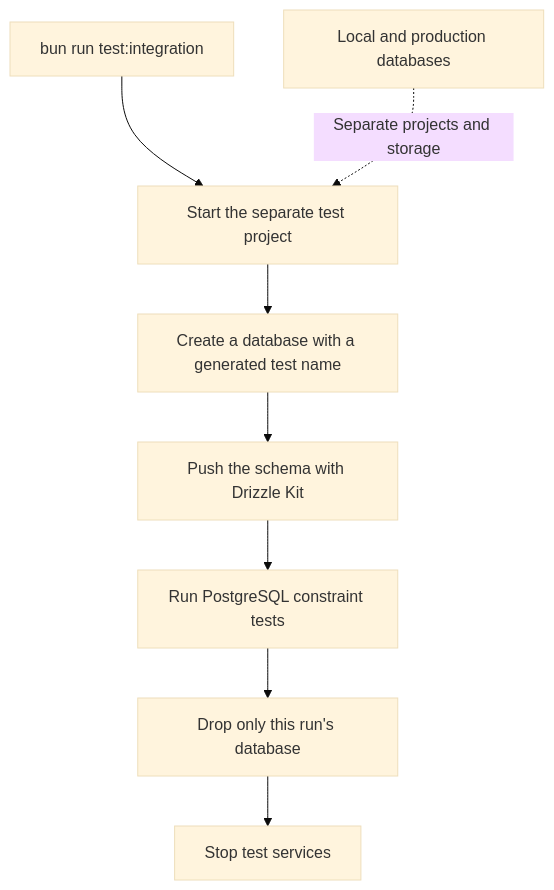
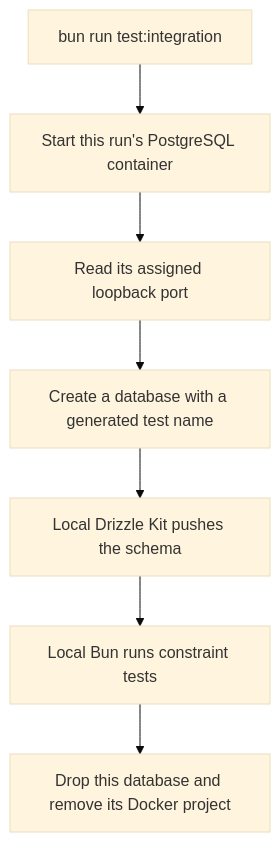
The third of 3 diagrams in docs/database-guide.md (jaminwebdev/hono-drizzle-api), drawn with Mermaid (base theme) before and after one commit. The commit also changed other lines of this file and 22 other files, not shown here.

````diff
--- a/docs/database-guide.md
+++ b/docs/database-guide.md
@@ -99,10 +98,9 @@
 ```mermaid
 flowchart TD
-    Command["bun run test:integration"] --> Services["Start the separate test project"]
-    Services --> Create["Create a database with a generated test name"]
-    Create --> Push["Push the schema with Drizzle Kit"]
-    Push --> Tests["Run PostgreSQL constraint tests"]
-    Tests --> Cleanup["Drop only this run's database"]
-    Cleanup --> Stop["Stop test services"]
-    Local["Local and production databases"] -.->|"Separate projects and storage"| Services
+    Command["bun run test:integration"] --> Services["Start this run's PostgreSQL container"]
+    Services --> Port["Read its assigned loopback port"]
+    Port --> Create["Create a database with a generated test name"]
+    Create --> Push["Local Drizzle Kit pushes the schema"]
+    Push --> Tests["Local Bun runs constraint tests"]
+    Tests --> Cleanup["Drop this database and remove its Docker project"]
 ```
````
